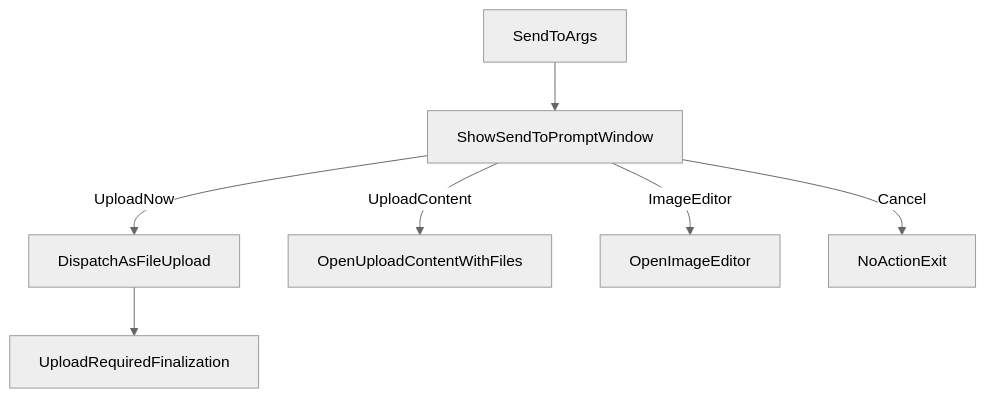
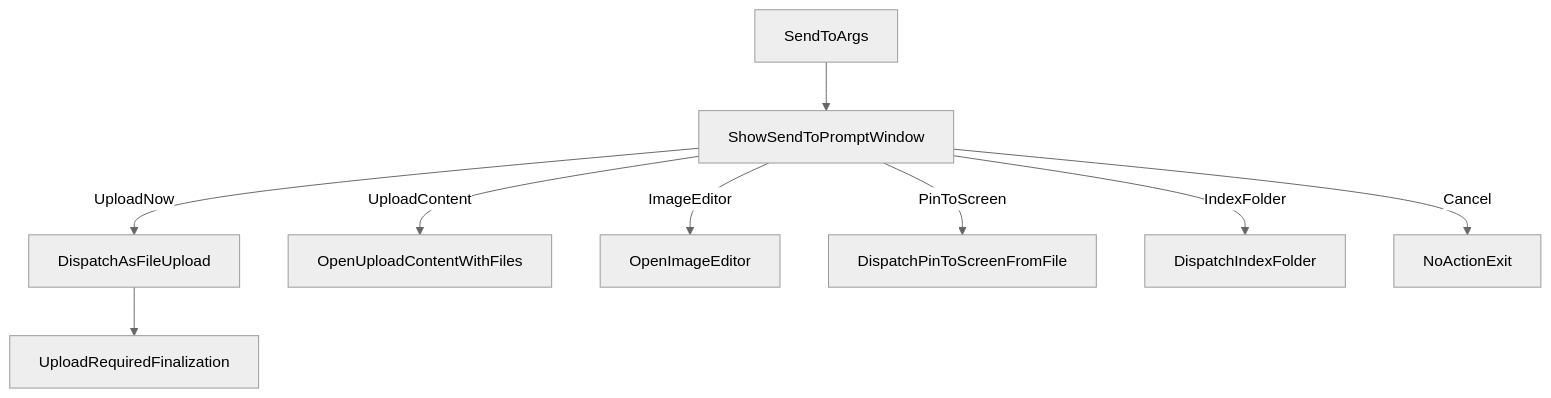
One commit to KovaForge/XerahS changed the second of 2 diagrams in docs/proposals/xip/XIP0055-send-to-upload-behavior-control.md. Above: the diagram before and after it, drawn with Mermaid (neutral theme). The commit also changed other lines of this file, not shown here.

````diff
--- a/docs/proposals/xip/XIP0055-send-to-upload-behavior-control.md
+++ b/docs/proposals/xip/XIP0055-send-to-upload-behavior-control.md
@@ -142,9 +168,11 @@
 ```mermaid
 flowchart TD
     sendToArgs[SendToArgs] --> promptWindow[ShowSendToPromptWindow]
     promptWindow -->|UploadNow| uploadPath[DispatchAsFileUpload]
     promptWindow -->|UploadContent| queuePath[OpenUploadContentWithFiles]
     promptWindow -->|ImageEditor| editorPath[OpenImageEditor]
+    promptWindow -->|PinToScreen| pinPath[DispatchPinToScreenFromFile]
+    promptWindow -->|IndexFolder| indexPath[DispatchIndexFolder]
     promptWindow -->|Cancel| stopPath[NoActionExit]
     uploadPath --> finalizationUpload[UploadRequiredFinalization]
 ```
````
